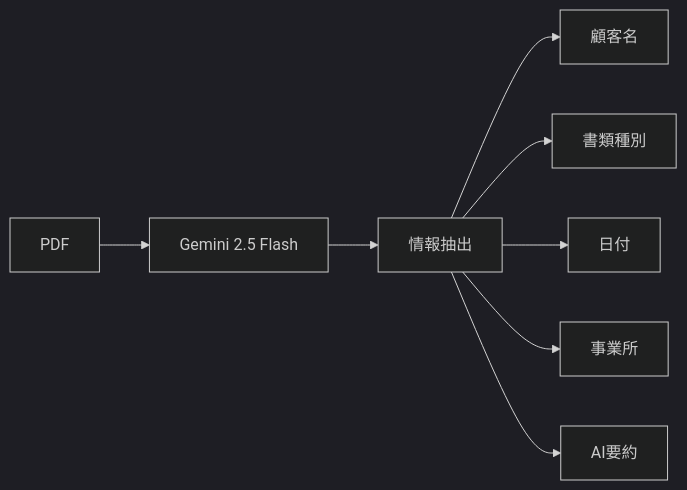
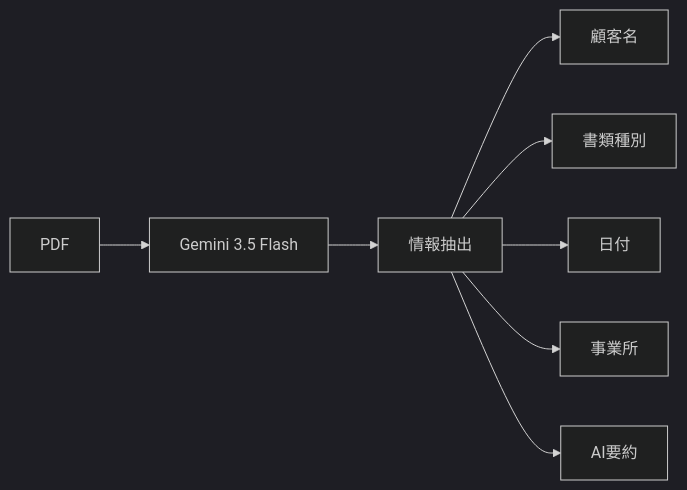
Before and after one commit to yasushi-honda/doc-split: the fourth of 5 diagrams in docs/overview.md, drawn with Mermaid (dark theme). The commit also changed 15 other files, not shown here.

````diff
--- a/docs/overview.md
+++ b/docs/overview.md
@@ -55,10 +55,10 @@
 ```mermaid
 flowchart LR
-    PDF["PDF"] --> Gemini["Gemini 2.5 Flash"]
+    PDF["PDF"] --> Gemini["Gemini 3.5 Flash"]
     Gemini --> Extract["情報抽出"]
     Extract --> Customer["顧客名"]
     Extract --> DocType["書類種別"]
     Extract --> Date["日付"]
     Extract --> Office["事業所"]
     Extract --> Summary["AI要約"]
 ```
````
